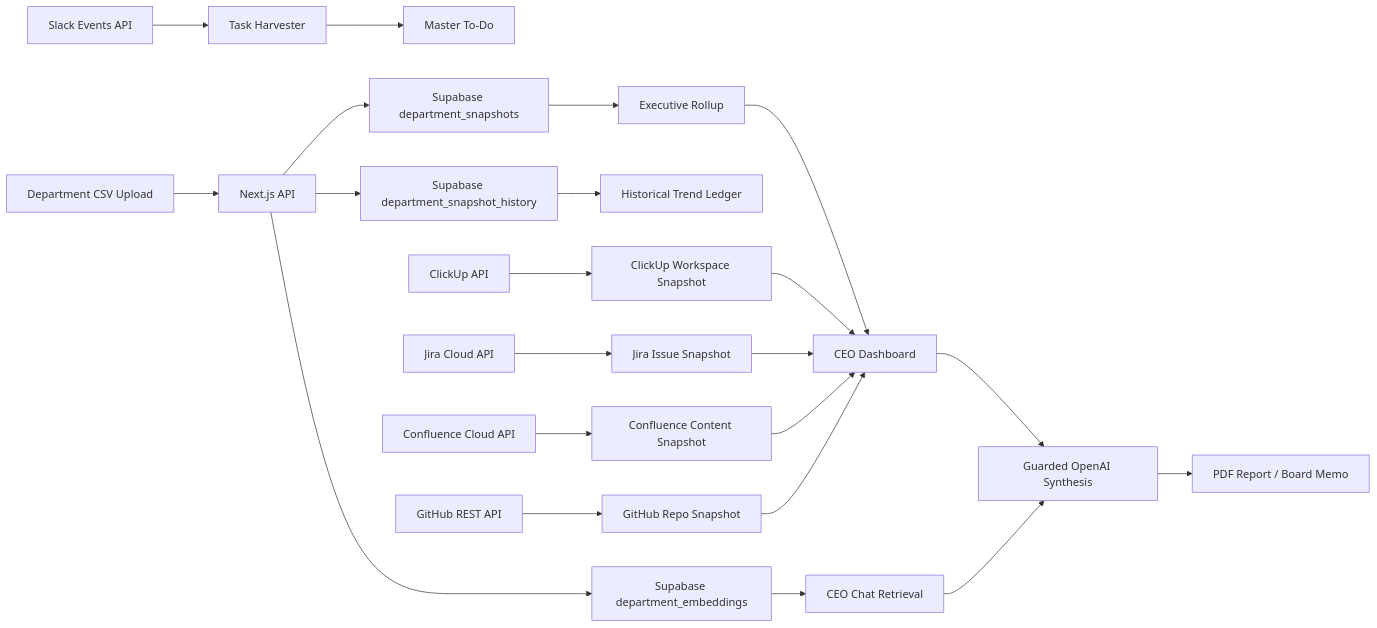
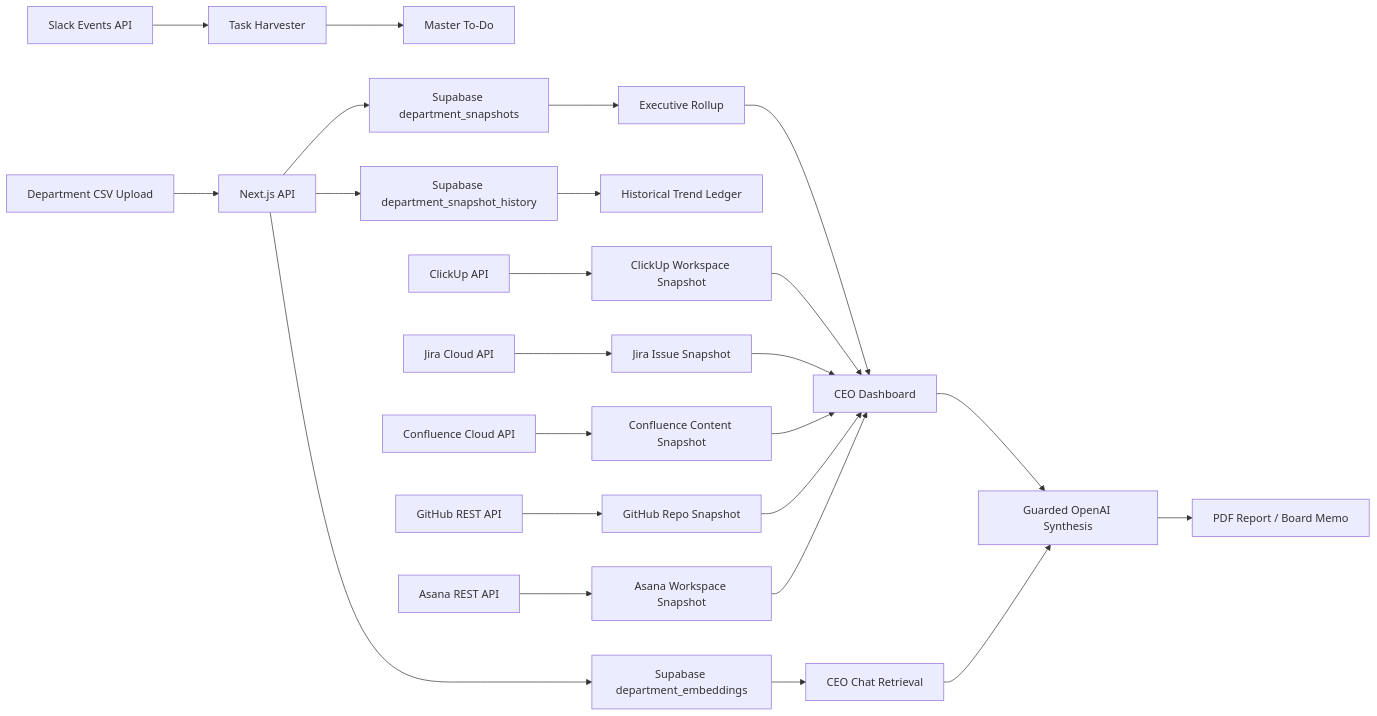
Before and after one commit to suhasbhairav/ai-chief-of-staff: the diagram in README.md, drawn with Mermaid. The commit also changed other lines of this file and 11 other files, not shown here.

````diff
--- a/README.md
+++ b/README.md
@@ -339,24 +343,26 @@
 ```mermaid
 flowchart LR
   A[Department CSV Upload] --> B[Next.js API]
   B --> C[Supabase department_snapshots]
   B --> D[Supabase department_snapshot_history]
   B --> M[Supabase department_embeddings]
   C --> E[Executive Rollup]
   D --> F[Historical Trend Ledger]
   M --> N[CEO Chat Retrieval]
   E --> G[CEO Dashboard]
   G --> H[Guarded OpenAI Synthesis]
   N --> H
   H --> I[PDF Report / Board Memo]
   J[Slack Events API] --> K[Task Harvester]
   K --> L[Master To-Do]
   O[ClickUp API] --> P[ClickUp Workspace Snapshot]
   P --> G
   Q[Jira Cloud API] --> R[Jira Issue Snapshot]
   S[Confluence Cloud API] --> T[Confluence Content Snapshot]
   U[GitHub REST API] --> V[GitHub Repo Snapshot]
+  W[Asana REST API] --> X[Asana Workspace Snapshot]
   R --> G
   T --> G
   V --> G
+  X --> G
 ```
````
